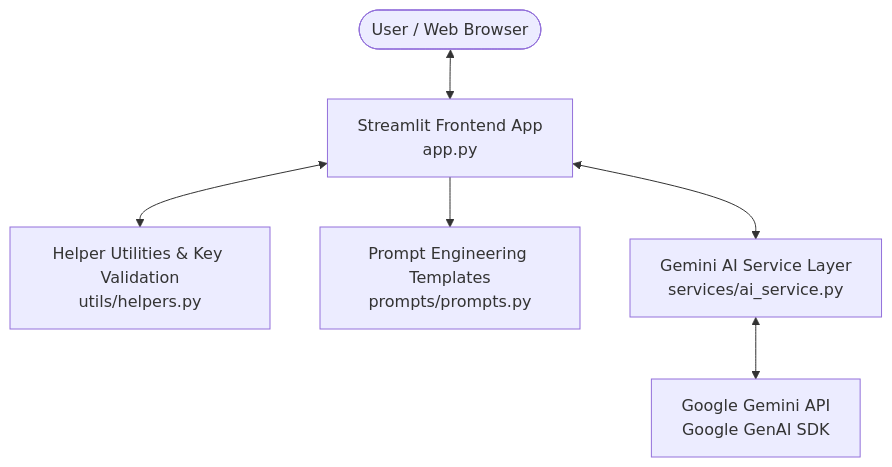
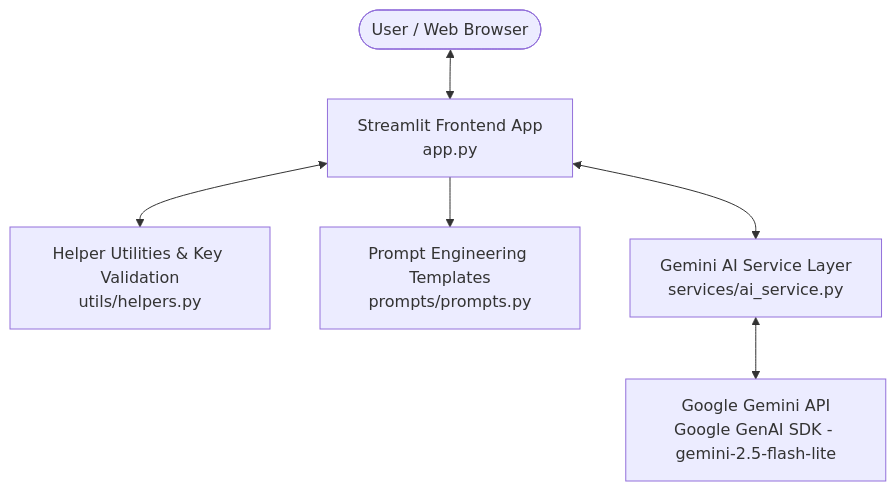
One commit to rishabhjain071130-glitch/focusflow-ai changed the diagram in README.md. Above: the diagram before and after it, drawn with Mermaid. The commit also changed other lines of this file and 1 other file, not shown here.

````diff
--- a/README.md
+++ b/README.md
@@ -45,8 +54,8 @@
 ```mermaid
 flowchart TD
     User([User / Web Browser]) <--> UI[Streamlit Frontend App\napp.py]
     UI <--> Helpers[Helper Utilities & Key Validation\nutils/helpers.py]
     UI --> Prompts[Prompt Engineering Templates\nprompts/prompts.py]
     UI <--> AIService[Gemini AI Service Layer\nservices/ai_service.py]
-    AIService <--> GeminiAPI[Google Gemini API\nGoogle GenAI SDK]
+    AIService <--> GeminiAPI[Google Gemini API\nGoogle GenAI SDK - gemini-2.5-flash-lite]
 ```
````
